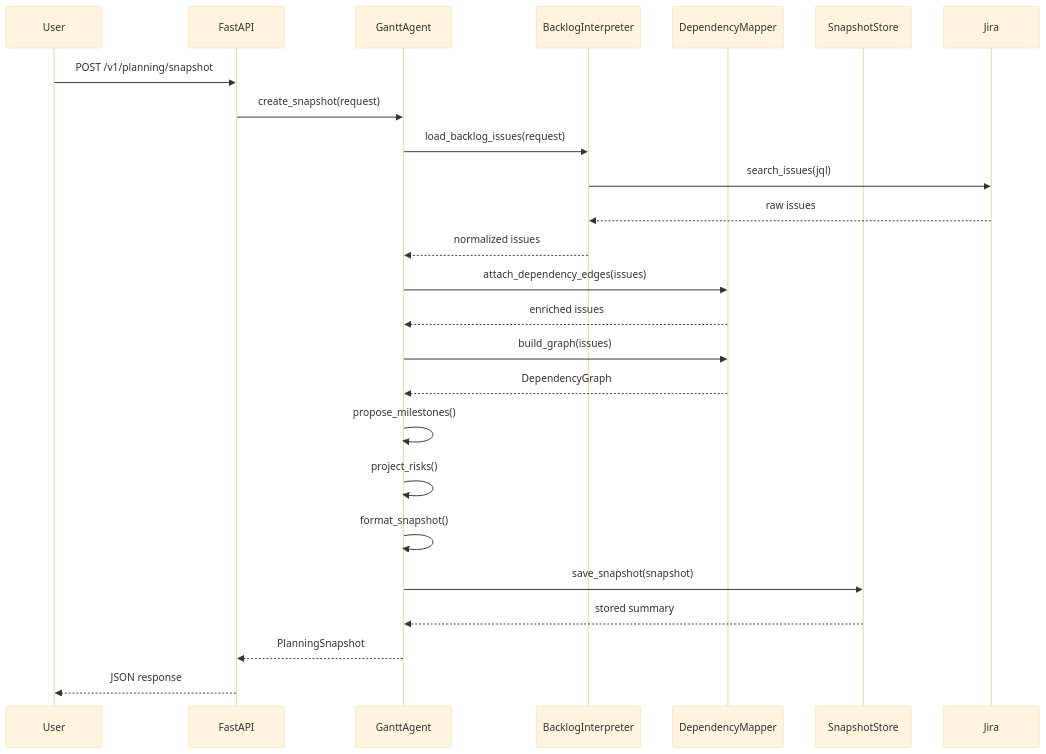
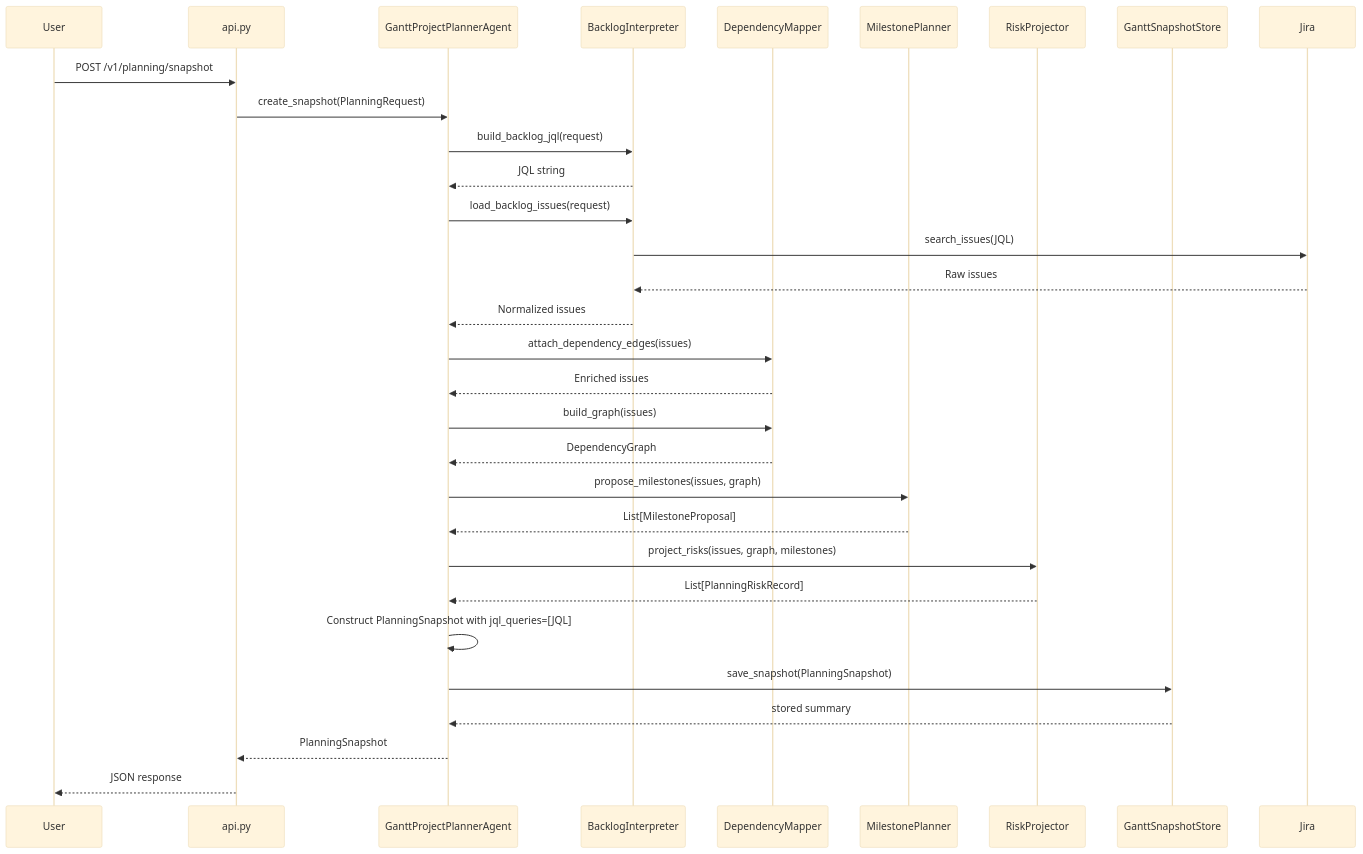
One commit to jmac-cornelis/agent-workforce changed the second of 4 diagrams in docs/agents-gantt.md. Above: the diagram before and after it, drawn with Mermaid (base theme). The commit also changed other lines of this file and 4 other files, not shown here.

````diff
--- a/docs/agents-gantt.md
+++ b/docs/agents-gantt.md
@@ -72,28 +65,34 @@
 ```mermaid
 sequenceDiagram
     participant User
-    participant API as FastAPI
-    participant Agent as GanttAgent
-    participant Interp as BacklogInterpreter
-    participant DepMap as DependencyMapper
-    participant Store as SnapshotStore
+    participant API as api.py
+    participant Agent as GanttProjectPlannerAgent
+    participant BI as BacklogInterpreter
+    participant DM as DependencyMapper
+    participant MP as MilestonePlanner
+    participant RP as RiskProjector
+    participant Store as GanttSnapshotStore
     participant Jira
-    
+
     User->>API: POST /v1/planning/snapshot
-    API->>Agent: create_snapshot(request)
-    Agent->>Interp: load_backlog_issues(request)
-    Interp->>Jira: search_issues(jql)
-    Jira-->>Interp: raw issues
-    Interp-->>Agent: normalized issues
-    Agent->>DepMap: attach_dependency_edges(issues)
-    DepMap-->>Agent: enriched issues
-    Agent->>DepMap: build_graph(issues)
-    DepMap-->>Agent: DependencyGraph
-    Agent->>Agent: propose_milestones()
-    Agent->>Agent: project_risks()
-    Agent->>Agent: format_snapshot()
-    Agent->>Store: save_snapshot(snapshot)
+    API->>Agent: create_snapshot(PlanningRequest)
+    Agent->>BI: build_backlog_jql(request)
+    BI-->>Agent: JQL string
+    Agent->>BI: load_backlog_issues(request)
+    BI->>Jira: search_issues(JQL)
+    Jira-->>BI: Raw issues
+    BI-->>Agent: Normalized issues
+    Agent->>DM: attach_dependency_edges(issues)
+    DM-->>Agent: Enriched issues
+    Agent->>DM: build_graph(issues)
+    DM-->>Agent: DependencyGraph
+    Agent->>MP: propose_milestones(issues, graph)
+    MP-->>Agent: List[MilestoneProposal]
+    Agent->>RP: project_risks(issues, graph, milestones)
+    RP-->>Agent: List[PlanningRiskRecord]
+    Agent->>Agent: Construct PlanningSnapshot with jql_queries=[JQL]
+    Agent->>Store: save_snapshot(PlanningSnapshot)
     Store-->>Agent: stored summary
     Agent-->>API: PlanningSnapshot
     API-->>User: JSON response
 ```
````
